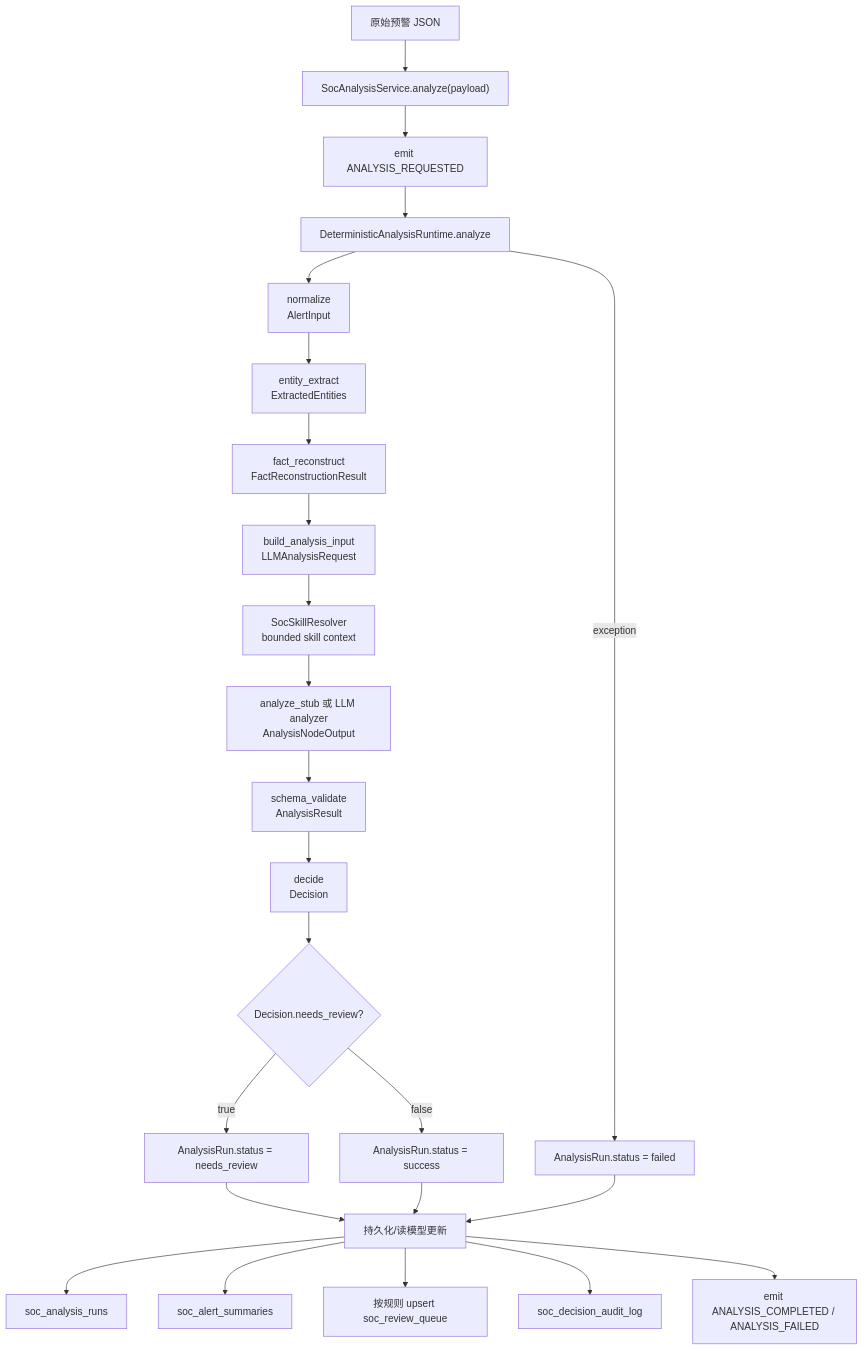
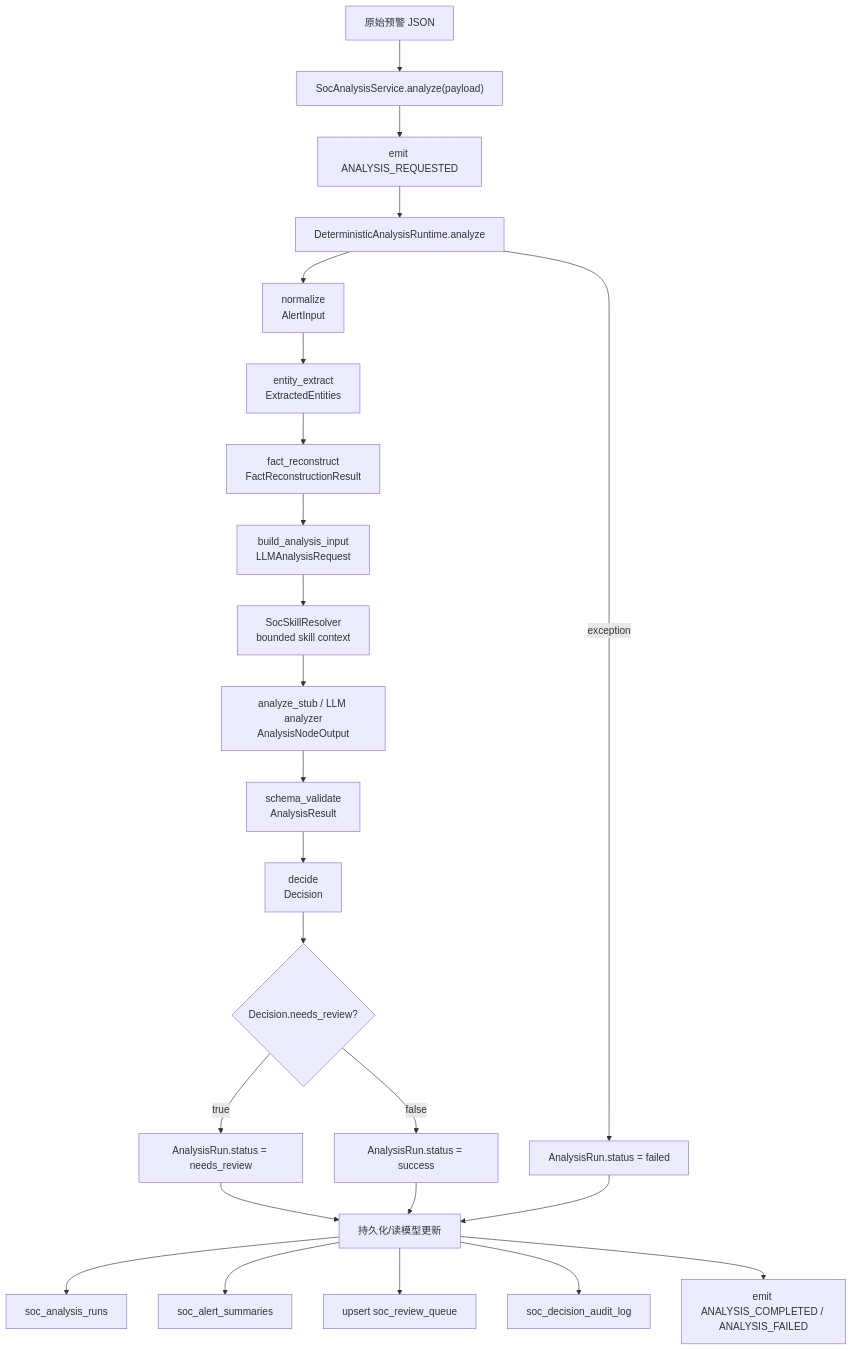
One commit to yydspanda/deer-flow changed the second of 5 diagrams in .notes/ai_soc/alert-lifecycle-flow.md. Above: the diagram before and after it, drawn with Mermaid. The commit also changed other lines of this file and 6 other files, not shown here.

Commit message:
Document SOC memory and capability roadmap

````diff
--- a/.notes/ai_soc/alert-lifecycle-flow.md
+++ b/.notes/ai_soc/alert-lifecycle-flow.md
@@ -52,30 +145,30 @@
 ```mermaid
 flowchart TD
     Input["原始预警 JSON"] --> Service["SocAnalysisService.analyze(payload)"]
     Service --> EventStart["emit ANALYSIS_REQUESTED"]
     EventStart --> Runtime["DeterministicAnalysisRuntime.analyze"]
 
     Runtime --> S1["normalize\nAlertInput"]
     S1 --> S2["entity_extract\nExtractedEntities"]
     S2 --> S3["fact_reconstruct\nFactReconstructionResult"]
     S3 --> S4["build_analysis_input\nLLMAnalysisRequest"]
     S4 --> Skill["SocSkillResolver\nbounded skill context"]
-    Skill --> S5["analyze_stub 或 LLM analyzer\nAnalysisNodeOutput"]
+    Skill --> S5["analyze_stub / LLM analyzer\nAnalysisNodeOutput"]
     S5 --> S6["schema_validate\nAnalysisResult"]
     S6 --> S7["decide\nDecision"]
 
     S7 --> Status{"Decision.needs_review?"}
     Status -->|true| NeedsReview["AnalysisRun.status = needs_review"]
     Status -->|false| Success["AnalysisRun.status = success"]
     Runtime -->|exception| Failed["AnalysisRun.status = failed"]
 
     NeedsReview --> Persist["持久化/读模型更新"]
     Success --> Persist
     Failed --> Persist
 
     Persist --> SaveRun["soc_analysis_runs"]
     Persist --> SaveSummary["soc_alert_summaries"]
-    Persist --> UpsertReview["按规则 upsert soc_review_queue"]
+    Persist --> UpsertReview["upsert soc_review_queue"]
     Persist --> SaveAudit["soc_decision_audit_log"]
     Persist --> EventEnd["emit ANALYSIS_COMPLETED / ANALYSIS_FAILED"]
 ```
````
